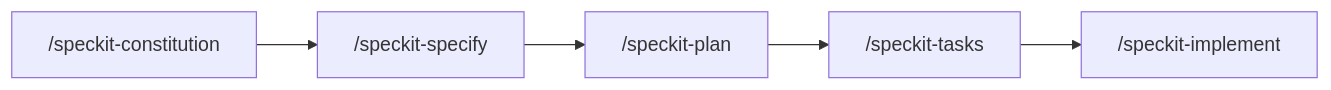
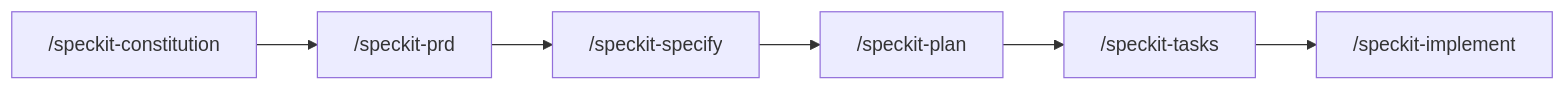
Before and after one commit to JxFong1017/hackathon_speckit: the diagram in README.md, drawn with Mermaid. The commit also changed other lines of this file and 7 other files, not shown here.

````diff
--- a/README.md
+++ b/README.md
@@ -28,7 +29,8 @@
 ```mermaid
 flowchart LR
-  CON["/speckit-constitution"] --> SP["/speckit-specify"]
+  CON["/speckit-constitution"] --> PRD["/speckit-prd"]
+  PRD --> SP["/speckit-specify"]
   SP --> PL["/speckit-plan"]
   PL --> TK["/speckit-tasks"]
   TK --> IM["/speckit-implement"]
 ```
````
